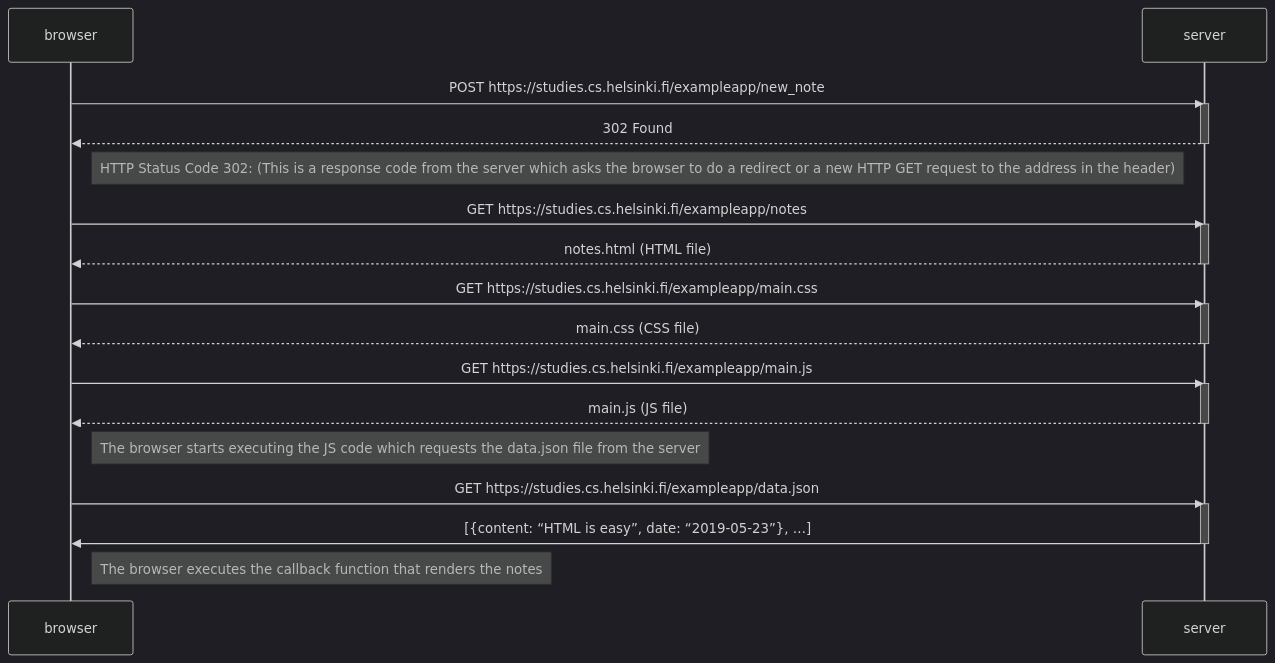
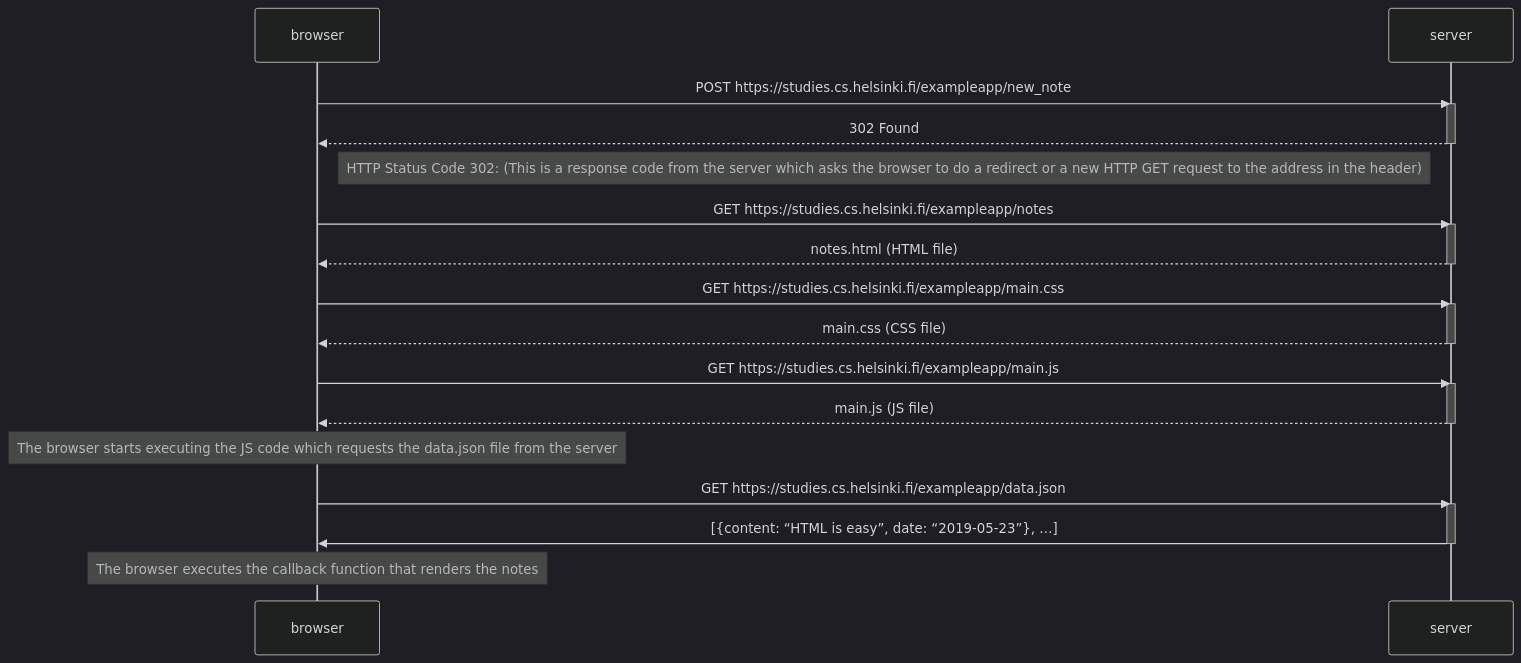
Before and after one commit to mrnp-dev/Fullstack-Open-Part0: the first of 3 diagrams in README.md, drawn with Mermaid (dark theme). The commit also changed other lines of this file, not shown here.

````diff
--- a/README.md
+++ b/README.md
@@ -79,36 +79,36 @@
 ```mermaid
 sequenceDiagram
 	participant browser
 	participant server
 
 	browser->>server: POST https://studies.cs.helsinki.fi/exampleapp/new_note
 	activate server
 	server-->>browser: 302 Found 
 	deactivate server
 
   	Note right of browser: HTTP Status Code 302: (This is a response code from the server which asks the browser to do a redirect or a new HTTP GET request 	to the address in the header)
 
   	browser->>server: GET https://studies.cs.helsinki.fi/exampleapp/notes
 	activate server
 	server-->>browser: notes.html (HTML file)
 	deactivate server
 
   	browser->>server: GET https://studies.cs.helsinki.fi/exampleapp/main.css
 	activate server
 	server-->>browser: main.css (CSS file) 
 	deactivate server
 
   	browser->>server: GET https://studies.cs.helsinki.fi/exampleapp/main.js
 	activate server
 	server-->>browser: main.js (JS file)
 	deactivate server
 
-  	Note right of browser: The browser starts executing the JS code which requests the data.json file from the server
+  	Note over browser: The browser starts executing the JS code which requests the data.json file from the server
 
   	browser->>server: GET https://studies.cs.helsinki.fi/exampleapp/data.json
 	activate server
 	server->>browser: [{content: “HTML is easy”, date: “2019-05-23”}, …]
 	deactivate server
 
-  	Note right of browser: The browser executes the callback function that renders the notes
+  	Note over browser: The browser executes the callback function that renders the notes
 ```
````
